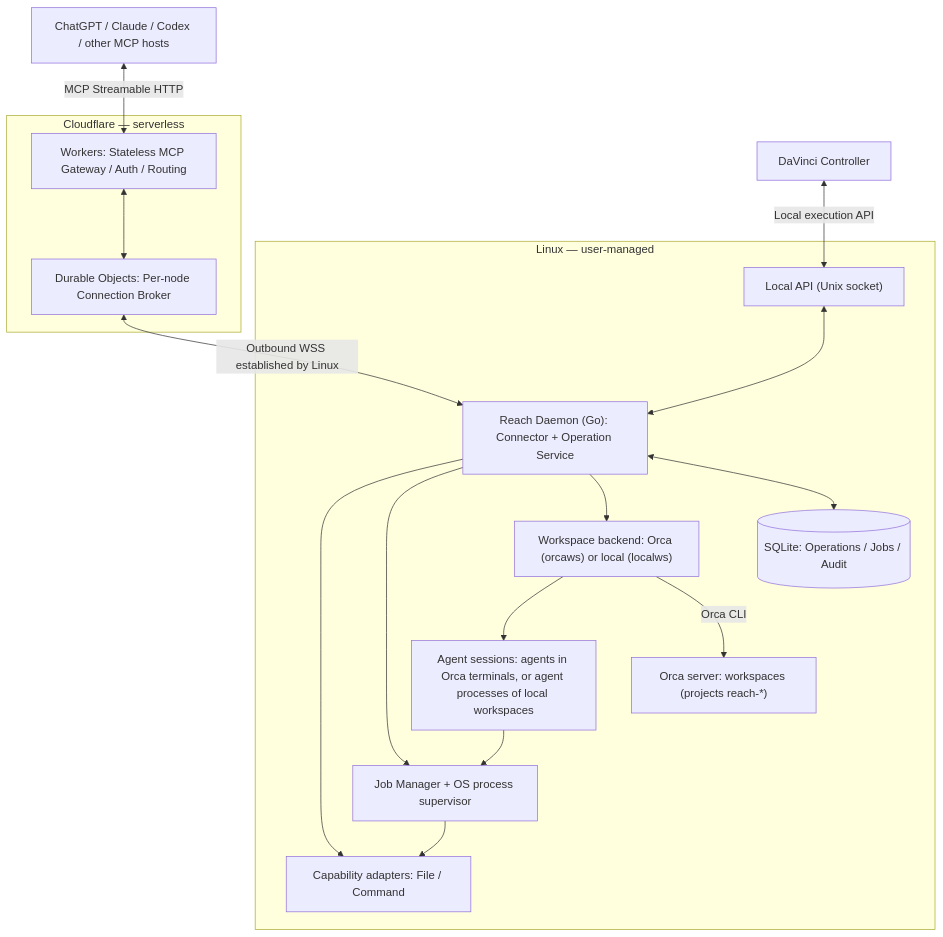
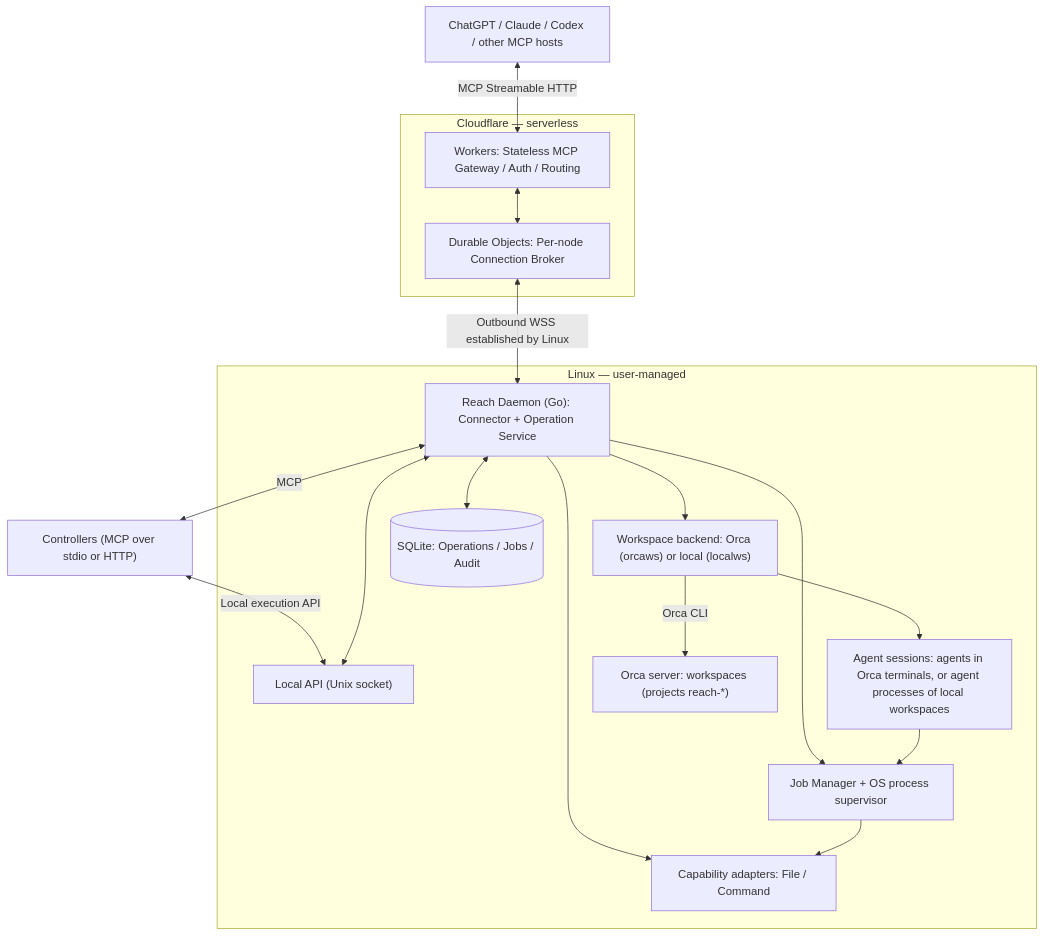
One commit to takezoh/syntoria-reach changed the first of 2 diagrams in ARCHITECTURE.md. Above: the diagram before and after it, drawn with Mermaid. The commit also changed other lines of this file and 21 other files, not shown here.

```diff
--- a/ARCHITECTURE.md
+++ b/ARCHITECTURE.md
@@ -29,32 +29,33 @@
 ~~~mermaid
 flowchart TB
     Clients["ChatGPT / Claude / Codex / other MCP hosts"]
-    DaVinci["DaVinci Controller"]
+    Ctl["Controllers (MCP over stdio or HTTP)"]
     subgraph CF["Cloudflare — serverless"]
         GW["Workers: Stateless MCP Gateway / Auth / Routing"]
         BR["Durable Objects: Per-node Connection Broker"]
         GW <--> BR
     end
     subgraph Host["Linux — user-managed"]
         REACH["Reach Daemon (Go): Connector + Operation Service"]
         LOCAL["Local API (Unix socket)"]
         CAP["Capability adapters: File / Command"]
         WS["Workspace backend: Orca (orcaws) or local (localws)"]
         PROC["Agent sessions: agents in Orca terminals, or agent processes of local workspaces"]
         JOB["Job Manager + OS process supervisor"]
         ST[("SQLite: Operations / Jobs / Audit")]
         ORCA["Orca server: workspaces (projects reach-*)"]
         LOCAL <--> REACH
         REACH --> CAP
         REACH --> JOB
         REACH --> WS
         WS --> PROC
         REACH <--> ST
         WS -->|"Orca CLI"| ORCA
         PROC --> JOB
         JOB --> CAP
     end
     Clients <-->|"MCP Streamable HTTP"| GW
     BR <-->|"Outbound WSS established by Linux"| REACH
-    DaVinci <-->|"Local execution API"| LOCAL
+    REACH <-->|"MCP"| Ctl
+    Ctl <-->|"Local execution API"| LOCAL
 ~~~
```
